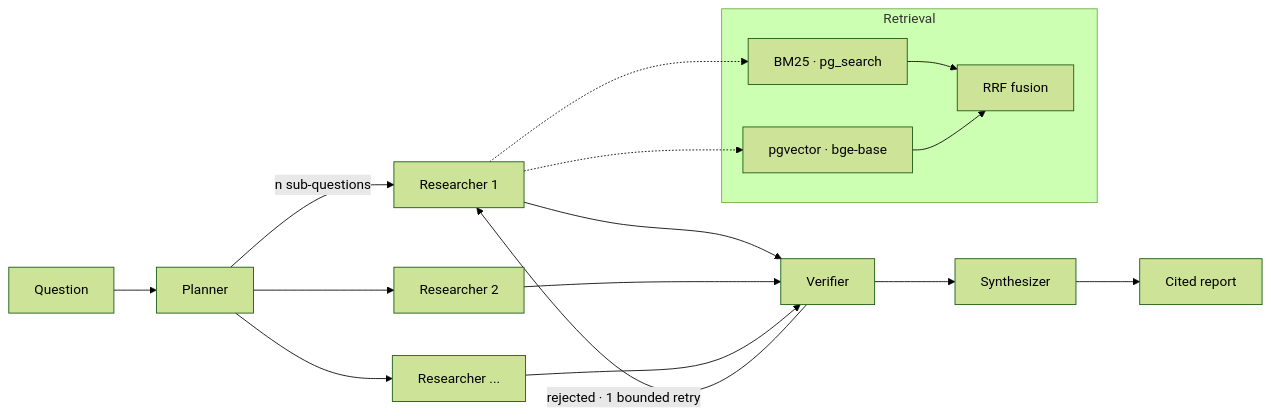
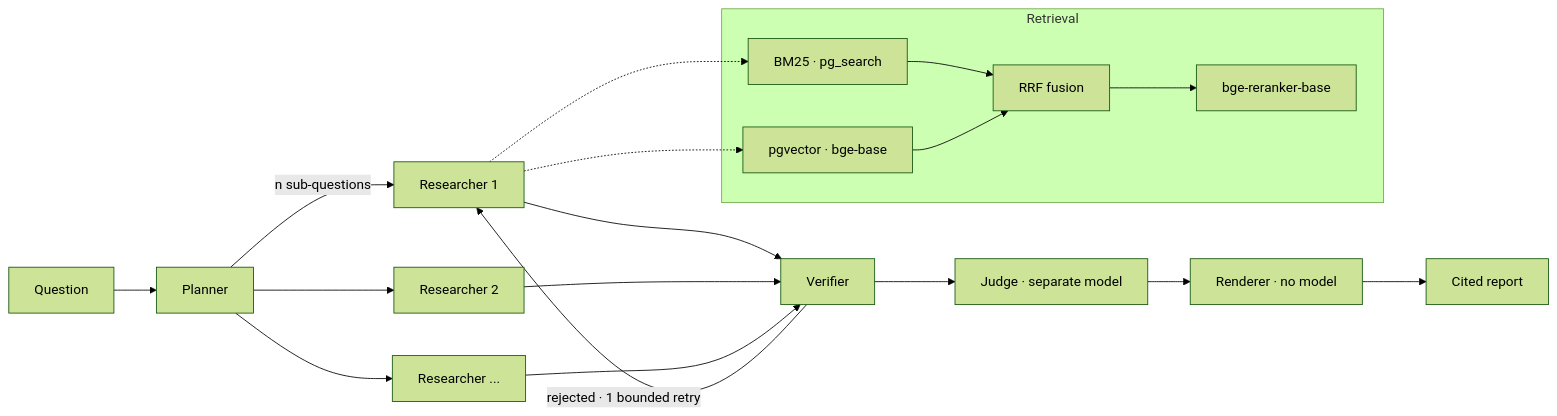
Before and after one commit to Albin-Carlsson/AgentForge: the diagram in README.md, drawn with Mermaid (forest theme). The commit also changed other lines of this file and 3 other files, not shown here.

````diff
--- a/README.md
+++ b/README.md
@@ -147,19 +162,20 @@
 ```mermaid
 flowchart LR
     Q[Question] --> P[Planner]
     P -->|n sub-questions| R1[Researcher 1]
     P --> R2[Researcher 2]
     P --> R3[Researcher ...]
     R1 --> V[Verifier]
     R2 --> V
     R3 --> V
     V -->|rejected · 1 bounded retry| R1
-    V --> S[Synthesizer] --> OUT[Cited report]
+    V --> J[Judge · separate model] --> S[Renderer · no model] --> OUT[Cited report]
 
     subgraph Retrieval
       BM[BM25 · pg_search] --> RRF[RRF fusion]
       DV[pgvector · bge-base] --> RRF
+      RRF --> RR[bge-reranker-base]
     end
     R1 -.-> BM
     R1 -.-> DV
 ```
````
